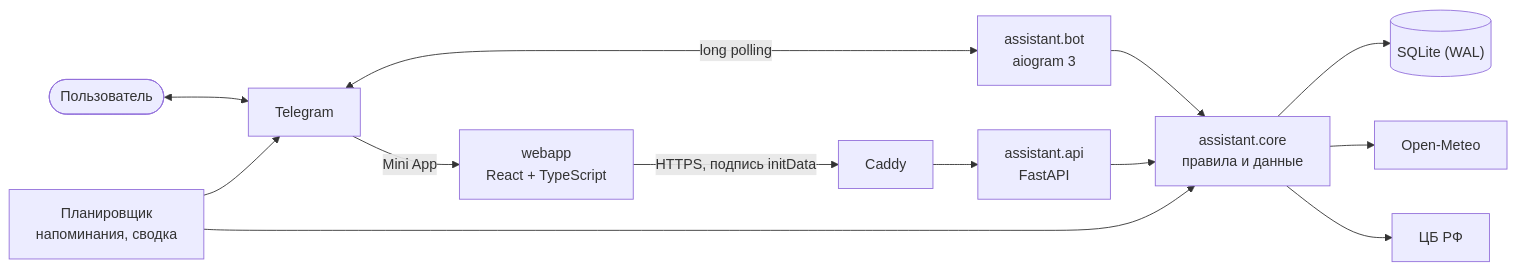
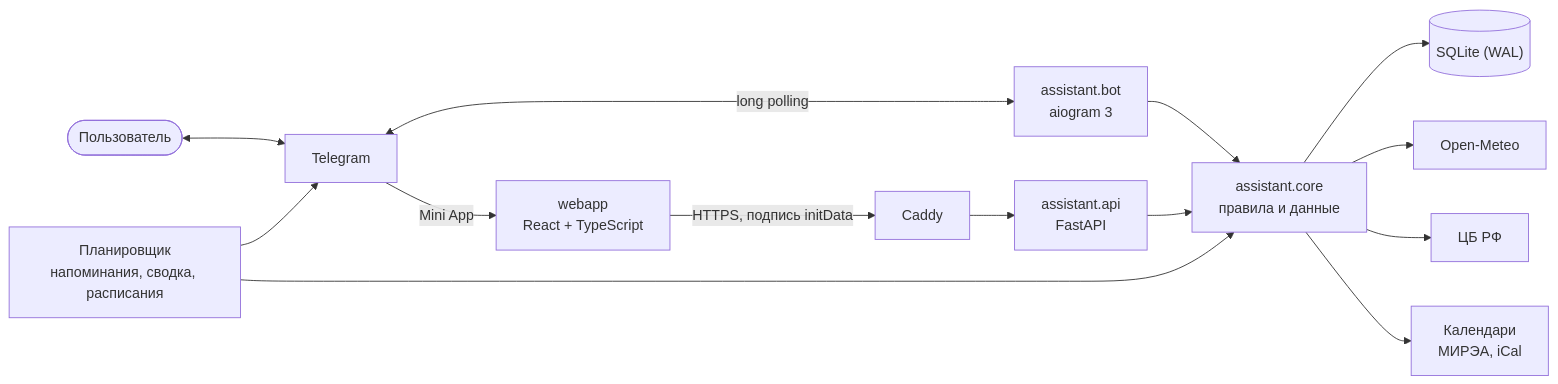
Before and after one commit to APELSINKos/personal-assistant-bot: the diagram in README.md, drawn with Mermaid. The commit also changed other lines of this file and 7 other files, not shown here.

````diff
--- a/README.md
+++ b/README.md
@@ -87,15 +90,16 @@
 ```mermaid
 flowchart LR
     user([Пользователь]) <--> tg[Telegram]
     tg <-->|long polling| bot["assistant.bot<br/>aiogram 3"]
     tg -->|Mini App| web["webapp<br/>React + TypeScript"]
     web -->|"HTTPS, подпись initData"| caddy[Caddy]
     caddy --> api["assistant.api<br/>FastAPI"]
     bot --> core["assistant.core<br/>правила и данные"]
     api --> core
-    scheduler["Планировщик<br/>напоминания, сводка"] --> core
+    scheduler["Планировщик<br/>напоминания, сводка, расписания"] --> core
     scheduler --> tg
     core --> db[("SQLite (WAL)")]
     core --> meteo[Open-Meteo]
     core --> cbr[ЦБ РФ]
+    core --> ical["Календари<br/>МИРЭА, iCal"]
 ```
````
